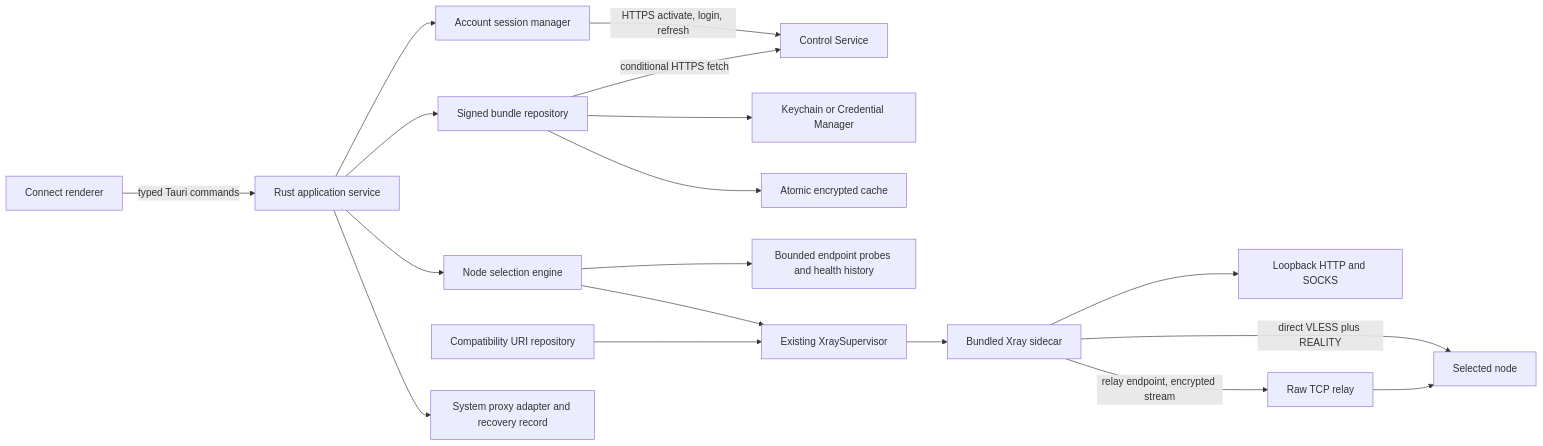
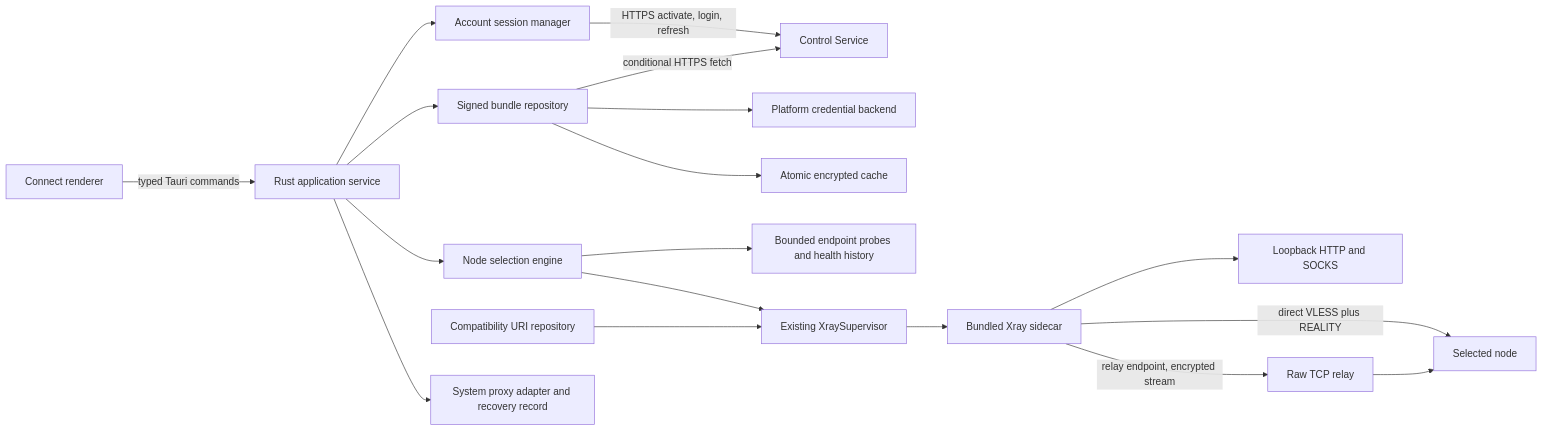
The diagram in docs/client/ARCHITECTURE.md (Skymore/reality-console), drawn with Mermaid before and after one commit. The commit also changed other lines of this file and 17 other files, not shown here.

````diff
--- a/docs/client/ARCHITECTURE.md
+++ b/docs/client/ARCHITECTURE.md
@@ -29,20 +29,20 @@
 ```mermaid
 flowchart LR
     UI["Connect renderer"] -->|"typed Tauri commands"| App["Rust application service"]
     App --> Session["Account session manager"]
     Session -->|"HTTPS activate, login, refresh"| Control["Control Service"]
     App --> Bundle["Signed bundle repository"]
     Bundle -->|"conditional HTTPS fetch"| Control
-    Bundle --> Secrets["Keychain or Credential Manager"]
+    Bundle --> Secrets["Platform credential backend"]
     Bundle --> Cache["Atomic encrypted cache"]
     App --> Select["Node selection engine"]
     Select --> Health["Bounded endpoint probes and health history"]
     Select --> Supervisor["Existing XraySupervisor"]
     Compat["Compatibility URI repository"] --> Supervisor
     Supervisor --> Xray["Bundled Xray sidecar"]
     App --> Proxy["System proxy adapter and recovery record"]
     Xray --> Local["Loopback HTTP and SOCKS"]
     Xray -->|"direct VLESS plus REALITY"| Node["Selected node"]
     Xray -->|"relay endpoint, encrypted stream"| Relay["Raw TCP relay"]
     Relay --> Node
 ```
````
